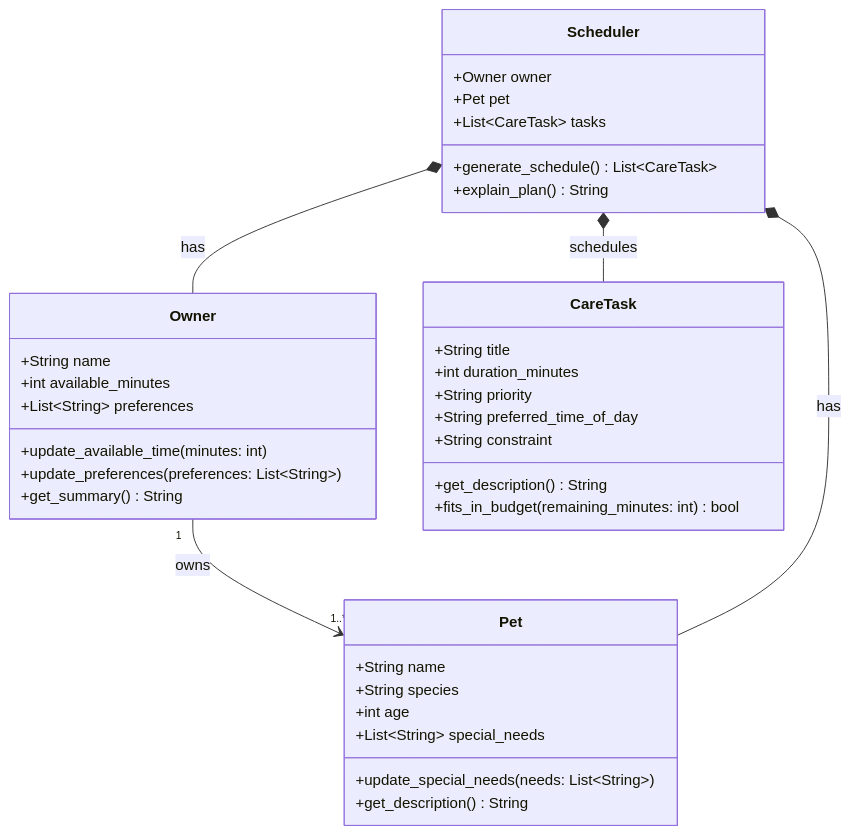
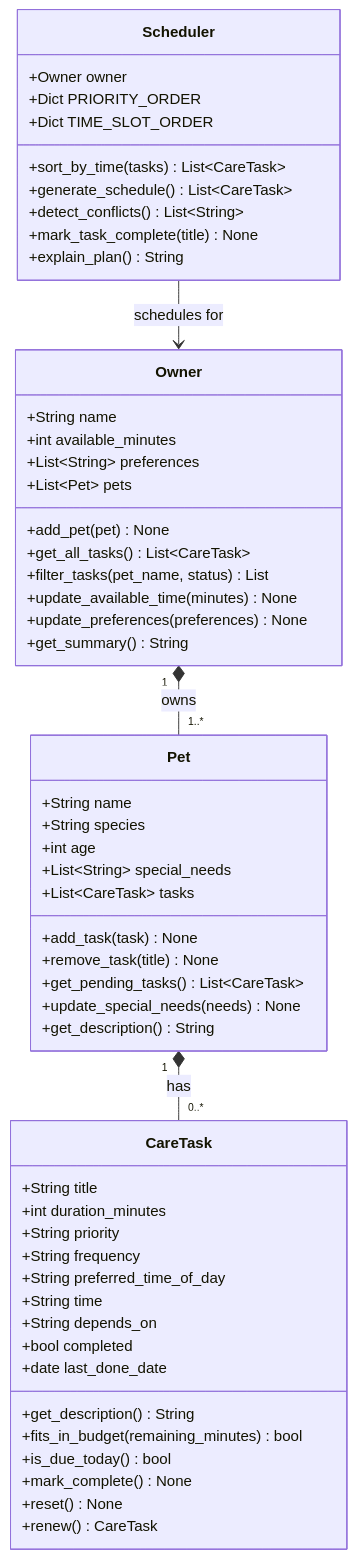
The diagram in reflection.md (Gerald450/ai110-module2show-pawpal-starter), drawn with Mermaid before and after one commit. The commit also changed 5 other files, not shown here.

````diff
--- a/reflection.md
+++ b/reflection.md
@@ -51,43 +51,61 @@
 ```mermaid
 classDiagram
-    class Owner {
-        +String name
-        +int available_minutes
-        +List~String~ preferences
-        +update_available_time(minutes: int)
-        +update_preferences(preferences: List~String~)
-        +get_summary() String
+    class CareTask {
+        +String title
+        +int duration_minutes
+        +String priority
+        +String frequency
+        +String preferred_time_of_day
+        +String time
+        +String depends_on
+        +bool completed
+        +date last_done_date
+        +get_description() String
+        +fits_in_budget(remaining_minutes) bool
+        +is_due_today() bool
+        +mark_complete() None
+        +reset() None
+        +renew() CareTask
     }
 
     class Pet {
         +String name
         +String species
         +int age
         +List~String~ special_needs
-        +update_special_needs(needs: List~String~)
+        +List~CareTask~ tasks
+        +add_task(task) None
+        +remove_task(title) None
+        +get_pending_tasks() List~CareTask~
+        +update_special_needs(needs) None
         +get_description() String
     }
 
-    class CareTask {
-        +String title
-        +int duration_minutes
-        +String priority
-        +String preferred_time_of_day
-        +String constraint
-        +get_description() String
-        +fits_in_budget(remaining_minutes: int) bool
+    class Owner {
+        +String name
+        +int available_minutes
+        +List~String~ preferences
+        +List~Pet~ pets
+        +add_pet(pet) None
+        +get_all_tasks() List~CareTask~
+        +filter_tasks(pet_name, status) List
+        +update_available_time(minutes) None
+        +update_preferences(preferences) None
+        +get_summary() String
     }
 
     class Scheduler {
         +Owner owner
-        +Pet pet
-        +List~CareTask~ tasks
+        +Dict PRIORITY_ORDER
+        +Dict TIME_SLOT_ORDER
+        +sort_by_time(tasks) List~CareTask~
         +generate_schedule() List~CareTask~
+        +detect_conflicts() List~String~
+        +mark_task_complete(title) None
         +explain_plan() String
     }
 
-    Owner "1" --> "1..*" Pet : owns
-    Scheduler *-- Owner : has
-    Scheduler *-- Pet : has
-    Scheduler *-- CareTask : schedules
+    Owner "1" *-- "1..*" Pet : owns
+    Pet "1" *-- "0..*" CareTask : has
+    Scheduler --> Owner : schedules for
 ```
````
